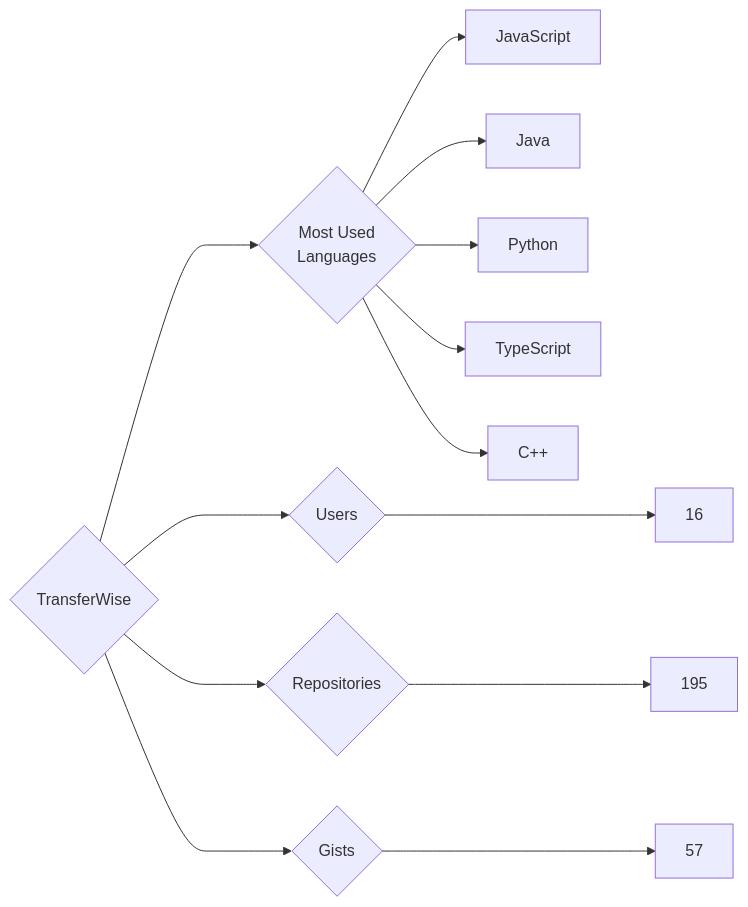
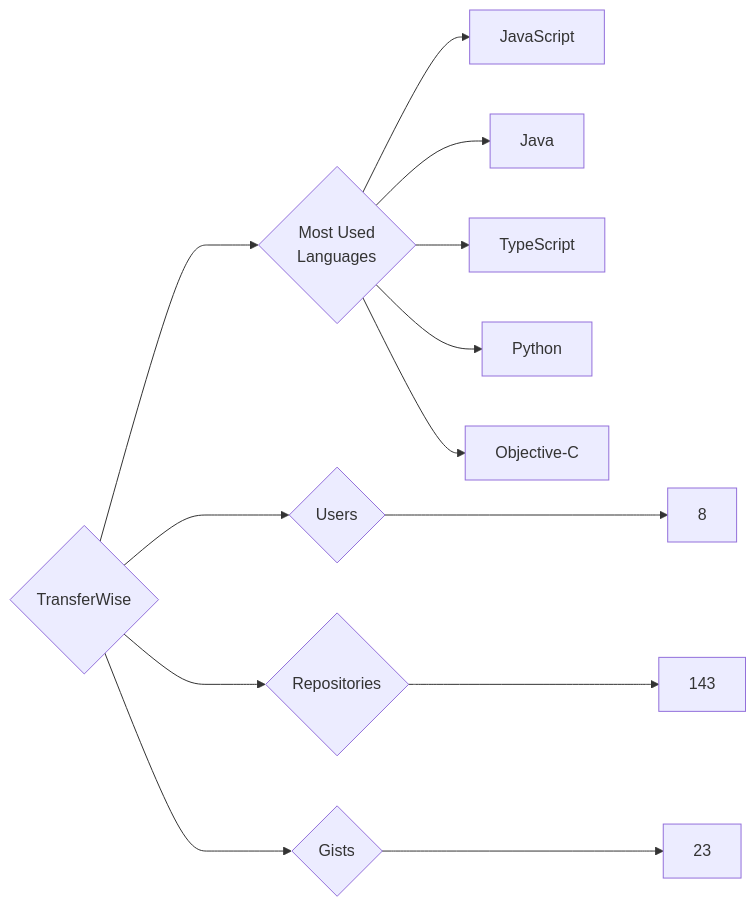
The diagram in targets/TransferWise/README.md (trickest/insiders), drawn with Mermaid before and after one commit. The commit also changed 928 other files, not shown here.

````diff
--- a/targets/TransferWise/README.md
+++ b/targets/TransferWise/README.md
@@ -3,13 +3,13 @@
 ```mermaid
 graph LR
 COMPANY_NAME{TransferWise}
-COMPANY_NAME ---> U{Users} ---> UN[16]
-COMPANY_NAME ---> R{Repositories} ---> RN[195]
-COMPANY_NAME ---> G{Gists} ---> GN[57]
+COMPANY_NAME ---> U{Users} ---> UN[8]
+COMPANY_NAME ---> R{Repositories} ---> RN[143]
+COMPANY_NAME ---> G{Gists} ---> GN[23]
 COMPANY_NAME ---> ML{Most Used<br>Languages}
 ML --> JavaScript[JavaScript]
 ML --> Java[Java]
+ML --> TypeScript[TypeScript]
 ML --> Python[Python]
-ML --> TypeScript[TypeScript]
-ML --> C++[C++]
+ML --> Objective-C[Objective-C]
 ```
````
